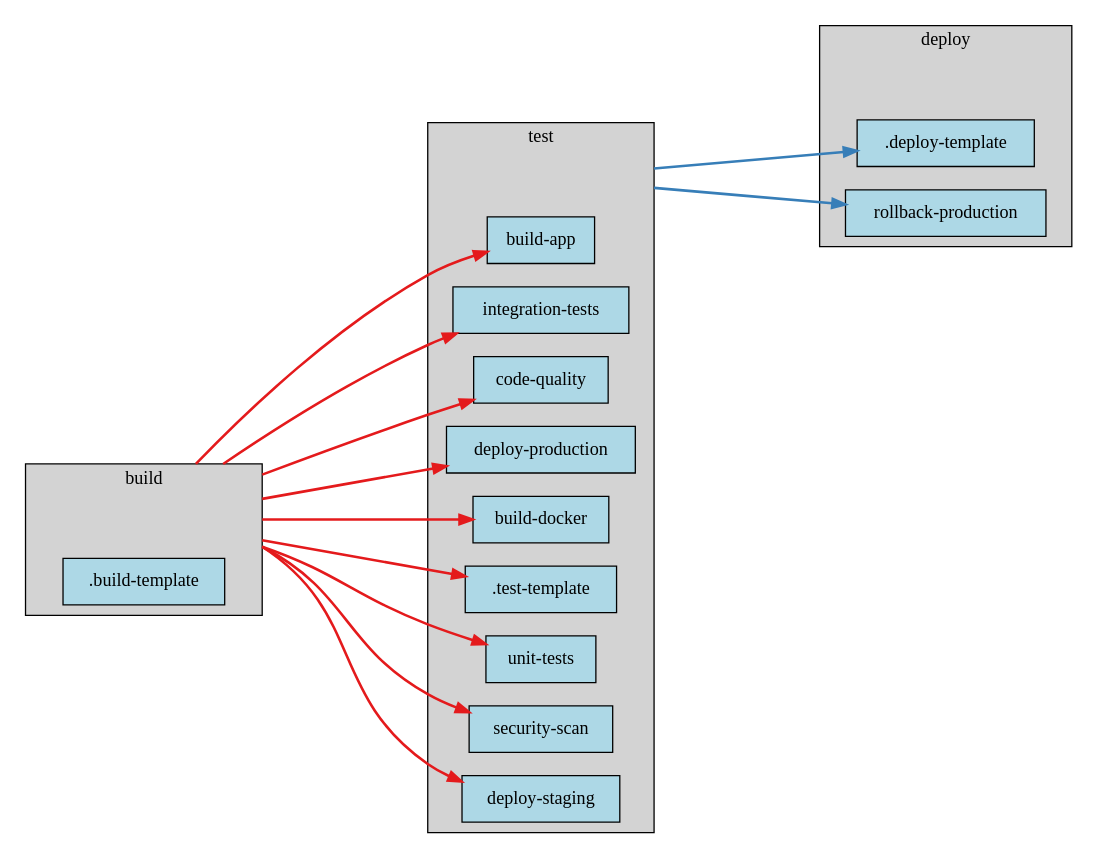
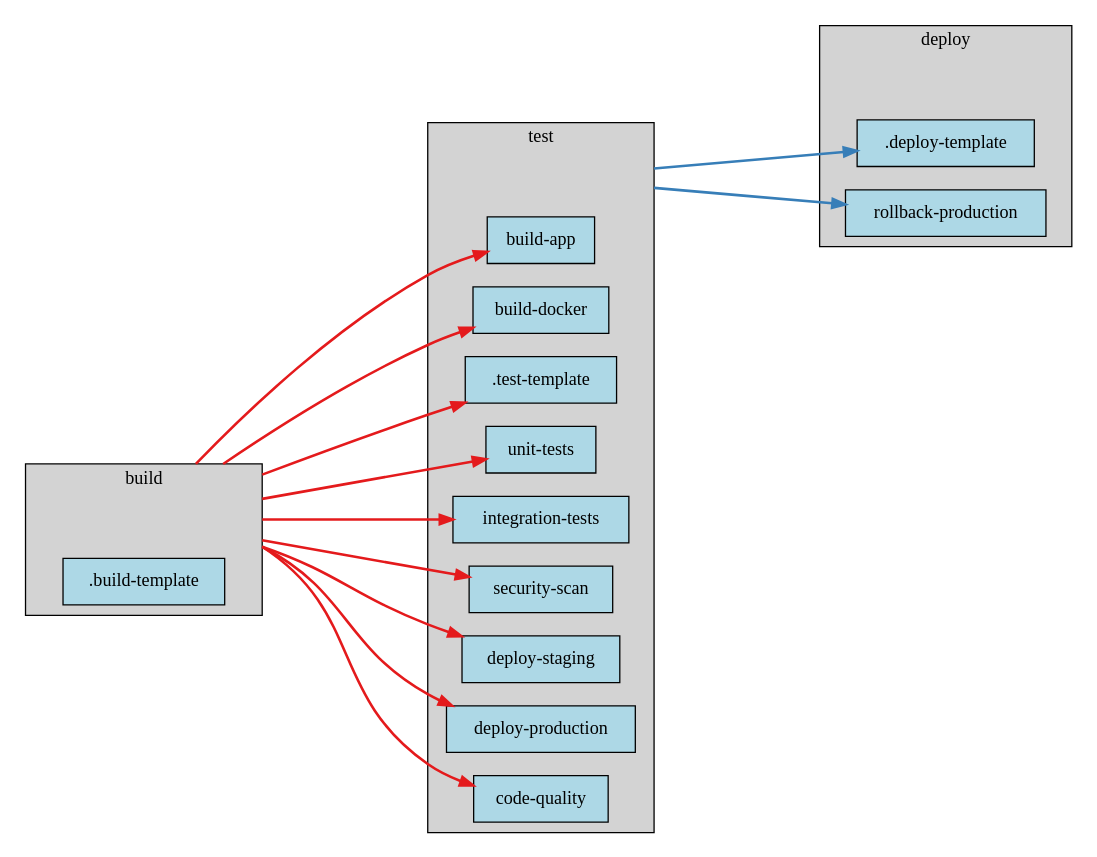
Before and after one commit to eisbaw/gitlab_local_ci: the diagram in test_ci_projects/proj11.output_reference/dag.dot, drawn with Graphviz. The commit also changed 13 other files, not shown here.

```diff
--- a/test_ci_projects/proj11.output_reference/dag.dot
+++ b/test_ci_projects/proj11.output_reference/dag.dot
@@ -1,57 +1,57 @@
 digraph pipeline {
   rankdir="LR";
   ranksep=2;
   compound=true;
   node [shape=box, style=filled, fillcolor=lightblue];
 
   subgraph cluster_build {
     label="build";
     style=filled;
     fillcolor=lightgrey;
 
     __stage_anchor_build [style=invis, width=0, height=0];
 
     _build_template [label=".build-template", tooltip="---\nstage: build\nbefore_script:\n- echo \"Preparing build environment...\"\nartifacts:\n  paths:\n  - build/\n  expire_in: 1 hour\n"];
   }
 
   subgraph cluster_test {
     label="test";
     style=filled;
     fillcolor=lightgrey;
 
     __stage_anchor_test [style=invis, width=0, height=0];
 
-    build_app [label="build-app", tooltip="---\nvariables:\n  BUILD_TYPE: optimized\nscript:\n- echo \"Building application...\"\n- mkdir -p build\n- echo \"app-v1.0.0\" > build/app.txt\n- echo \"Build completed successfully\"\nafter_script:\n- echo \"Custom post-build step\"\n- ls -la build/\nextends: \".build-template\"\n"];
-    integration_tests [label="integration-tests", tooltip="---\nallow_failure: false\nscript:\n- echo \"Running integration tests...\"\n- echo \"Test suite: Integration Tests\"\n- echo \"Tests passed: 45/45\"\n- echo \"All integration tests passed\"\nextends: \".test-template\"\ndependencies:\n- build-app\n"];
-    code_quality [label="code-quality", tooltip="---\nstage: test\nscript:\n- echo \"Running code quality checks...\"\n- echo \"Analyzing code style...\"\n- echo \"Checking for code smells...\"\n- echo \"Quality score: A+\"\ndependencies:\n- build-app\nallow_failure: true\n"];
-    deploy_production [label="deploy-production", tooltip="---\nbefore_script:\n- echo \"Preparing production deployment with extra checks...\"\n- echo \"Verifying all tests passed...\"\n- echo \"Checking deployment prerequisites...\"\nscript:\n- echo \"Deploying to production environment...\"\n- echo \"Target: www.example.com\"\n- echo \"Production deployment completed\"\nafter_script:\n- echo \"Running post-deployment verification...\"\n- echo \"Sending deployment notification...\"\nextends: \".deploy-template\"\nenvironment:\n  name: production\n  url: https://www.example.com\nonly:\n- main\nwhen: manual\n"];
+    build_app [label="build-app", tooltip="---\nextends: \".build-template\"\nscript:\n- echo \"Building application with overrides...\"\n- echo \"Build type: ${BUILD_TYPE}\"\n- mkdir -p build\n- echo \"app-v${VERSION}-optimized\" > build/app.txt\n- echo \"Build completed with custom configuration\"\nvariables:\n  BUILD_TYPE: optimized\nafter_script:\n- echo \"Custom post-build step\"\n- ls -la build/\n"];
     build_docker [label="build-docker", tooltip="---\nextends: \".build-template\"\nscript:\n- echo \"Building Docker image...\"\n- mkdir -p build\n- echo \"docker-image:latest\" > build/docker.txt\n- echo \"Docker build completed\"\nonly:\n- main\n- develop\n"];
     _test_template [label=".test-template", tooltip="---\nstage: test\nbefore_script:\n- echo \"Setting up test environment...\"\n"];
     unit_tests [label="unit-tests", tooltip="---\nextends: \".test-template\"\nscript:\n- echo \"Running unit tests...\"\n- echo \"Test suite: Unit Tests\"\n- echo \"Tests passed: 150/150\"\n- echo \"Coverage: 85%\"\ndependencies:\n- build-app\n"];
+    integration_tests [label="integration-tests", tooltip="---\nextends: \".test-template\"\nscript:\n- echo \"Running integration tests (with override)...\"\n- echo \"Test suite: Integration Tests (Extended)\"\n- echo \"Running additional smoke tests...\"\n- echo \"Tests passed: 50/50\"\n- echo \"All integration tests passed\"\ndependencies:\n- build-app\nallow_failure: true\n"];
     security_scan [label="security-scan", tooltip="---\nextends: \".test-template\"\nscript:\n- echo \"Running security scan...\"\n- echo \"Scanning for vulnerabilities...\"\n- echo \"No critical vulnerabilities found\"\nallow_failure: true\n"];
     deploy_staging [label="deploy-staging", tooltip="---\nextends: \".deploy-template\"\nscript:\n- echo \"Deploying to staging environment...\"\n- echo \"Target: staging.example.com\"\n- echo \"Deployment completed\"\nenvironment:\n  name: staging\n  url: https://staging.example.com\nonly:\n- develop\n"];
+    deploy_production [label="deploy-production", tooltip="---\nextends: \".deploy-template\"\nscript:\n- echo \"Deploying to production environment (verified)...\"\n- echo \"Target: www.example.com\"\n- echo \"Running pre-deployment health checks...\"\n- echo \"Production deployment completed successfully\"\nenvironment:\n  name: production\n  url: https://www.example.com\nonly:\n- main\nwhen: manual\nbefore_script:\n- echo \"Preparing production deployment with extra checks...\"\n- echo \"Verifying all tests passed...\"\n- echo \"Checking deployment prerequisites...\"\nafter_script:\n- echo \"Running post-deployment verification...\"\n- echo \"Sending deployment notification...\"\n"];
+    code_quality [label="code-quality", tooltip="---\nstage: test\nscript:\n- echo \"Running code quality checks...\"\n- echo \"Analyzing code style...\"\n- echo \"Checking for code smells...\"\n- echo \"Quality score: A+\"\ndependencies:\n- build-app\nallow_failure: true\n"];
   }
 
   subgraph cluster_deploy {
     label="deploy";
     style=filled;
     fillcolor=lightgrey;
 
     __stage_anchor_deploy [style=invis, width=0, height=0];
 
     _deploy_template [label=".deploy-template", tooltip="---\nstage: deploy\nbefore_script:\n- echo \"Preparing deployment...\"\nwhen: manual\nonly:\n- main\n- develop\n"];
     rollback_production [label="rollback-production", tooltip="---\nstage: deploy\nscript:\n- echo \"Rolling back production deployment...\"\n- echo \"Restoring previous version...\"\n- echo \"Rollback completed\"\nenvironment:\n  name: production\n  action: rollback\nwhen: manual\nonly:\n- main\n"];
   }
 
   __stage_anchor_build -> build_app [ltail=cluster_build, style=bold, color="#E41A1C"];
-  __stage_anchor_build -> integration_tests [ltail=cluster_build, style=bold, color="#E41A1C"];
-  __stage_anchor_build -> code_quality [ltail=cluster_build, style=bold, color="#E41A1C"];
-  __stage_anchor_build -> deploy_production [ltail=cluster_build, style=bold, color="#E41A1C"];
   __stage_anchor_build -> build_docker [ltail=cluster_build, style=bold, color="#E41A1C"];
   __stage_anchor_build -> _test_template [ltail=cluster_build, style=bold, color="#E41A1C"];
   __stage_anchor_build -> unit_tests [ltail=cluster_build, style=bold, color="#E41A1C"];
+  __stage_anchor_build -> integration_tests [ltail=cluster_build, style=bold, color="#E41A1C"];
   __stage_anchor_build -> security_scan [ltail=cluster_build, style=bold, color="#E41A1C"];
   __stage_anchor_test -> _deploy_template [ltail=cluster_test, style=bold, color="#377EB8"];
   __stage_anchor_build -> deploy_staging [ltail=cluster_build, style=bold, color="#E41A1C"];
+  __stage_anchor_build -> deploy_production [ltail=cluster_build, style=bold, color="#E41A1C"];
   __stage_anchor_test -> rollback_production [ltail=cluster_test, style=bold, color="#377EB8"];
+  __stage_anchor_build -> code_quality [ltail=cluster_build, style=bold, color="#E41A1C"];
 }
```
